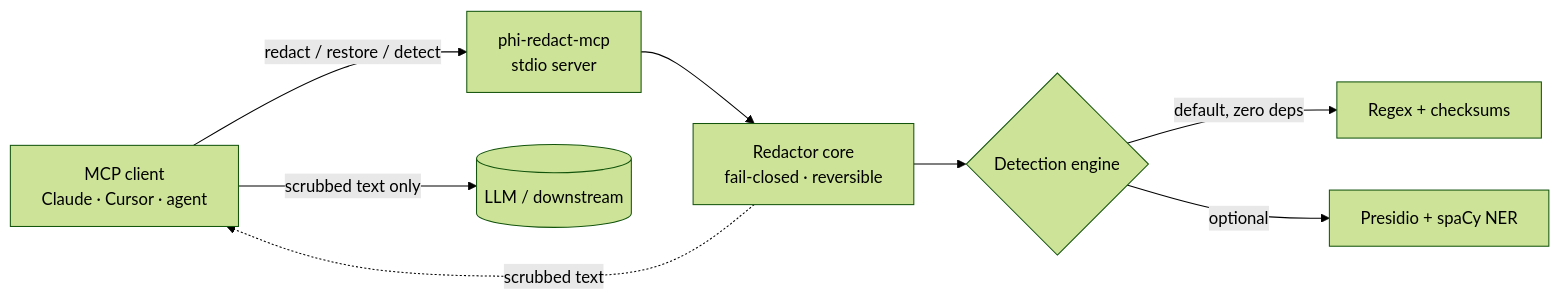
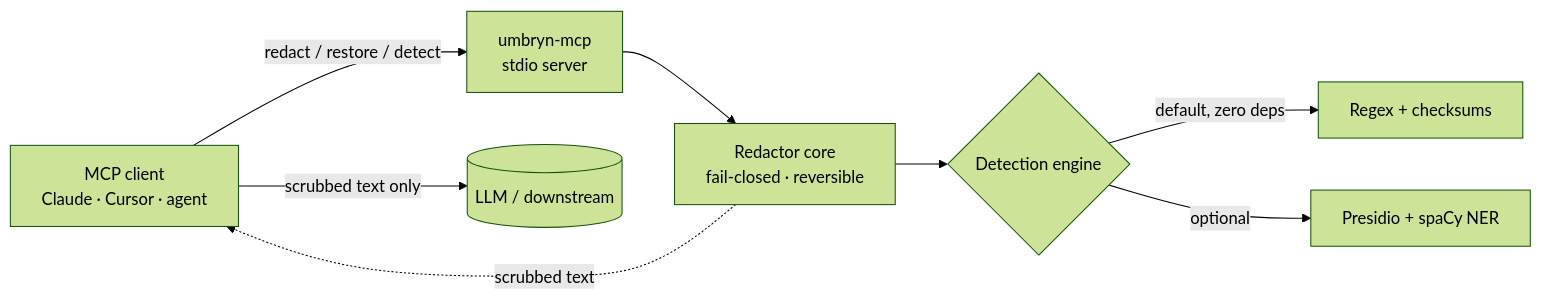
The diagram in README.md (Rinava/umbryn-mcp), drawn with Mermaid (forest theme) before and after one commit. The commit also changed other lines of this file and 41 other files, not shown here.

First line of the commit message:
rename: phi-redact-mcp -> umbryn-mcp

````diff
--- a/README.md
+++ b/README.md
@@ -111,10 +111,10 @@
 ```mermaid
 flowchart LR
-    A[MCP client<br/>Claude · Cursor · agent] -- redact / restore / detect --> B[phi-redact-mcp<br/>stdio server]
+    A[MCP client<br/>Claude · Cursor · agent] -- redact / restore / detect --> B[umbryn-mcp<br/>stdio server]
     B --> C[Redactor core<br/>fail-closed · reversible]
     C --> D{Detection engine}
     D -->|default, zero deps| E[Regex + checksums]
     D -->|optional| F[Presidio + spaCy NER]
     C -. scrubbed text .-> A
     A -- scrubbed text only --> G[(LLM / downstream)]
 ```
````
